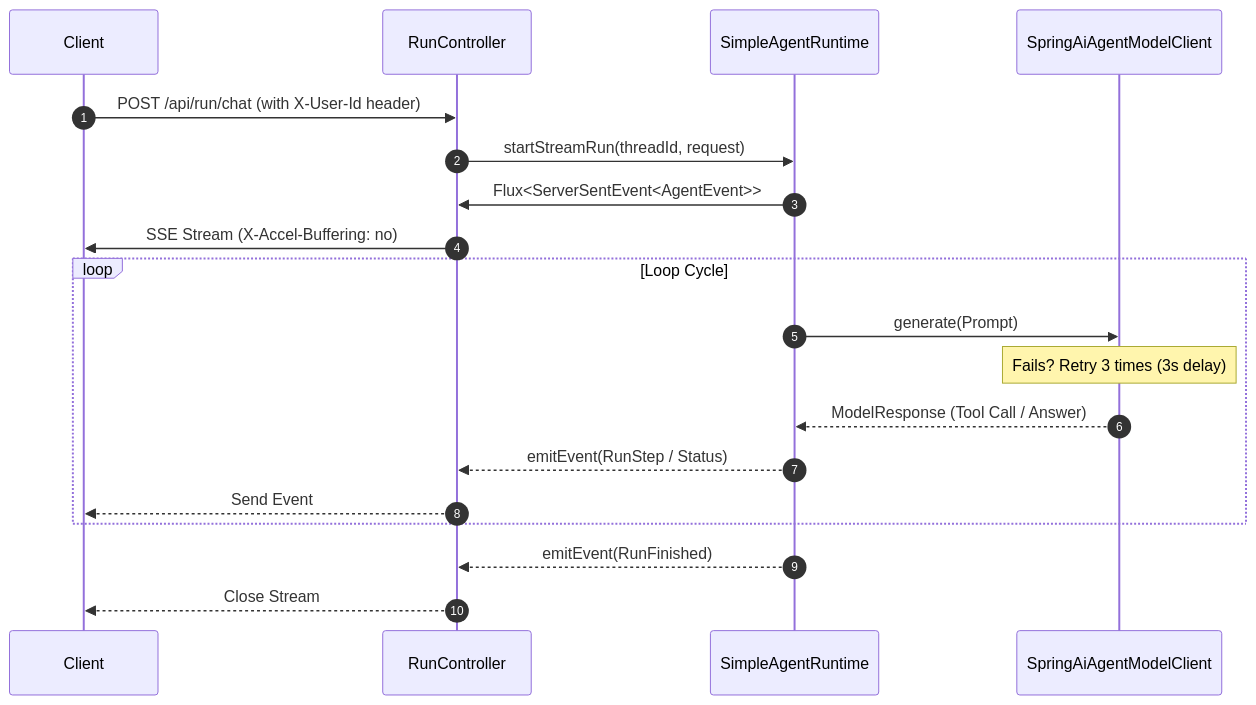
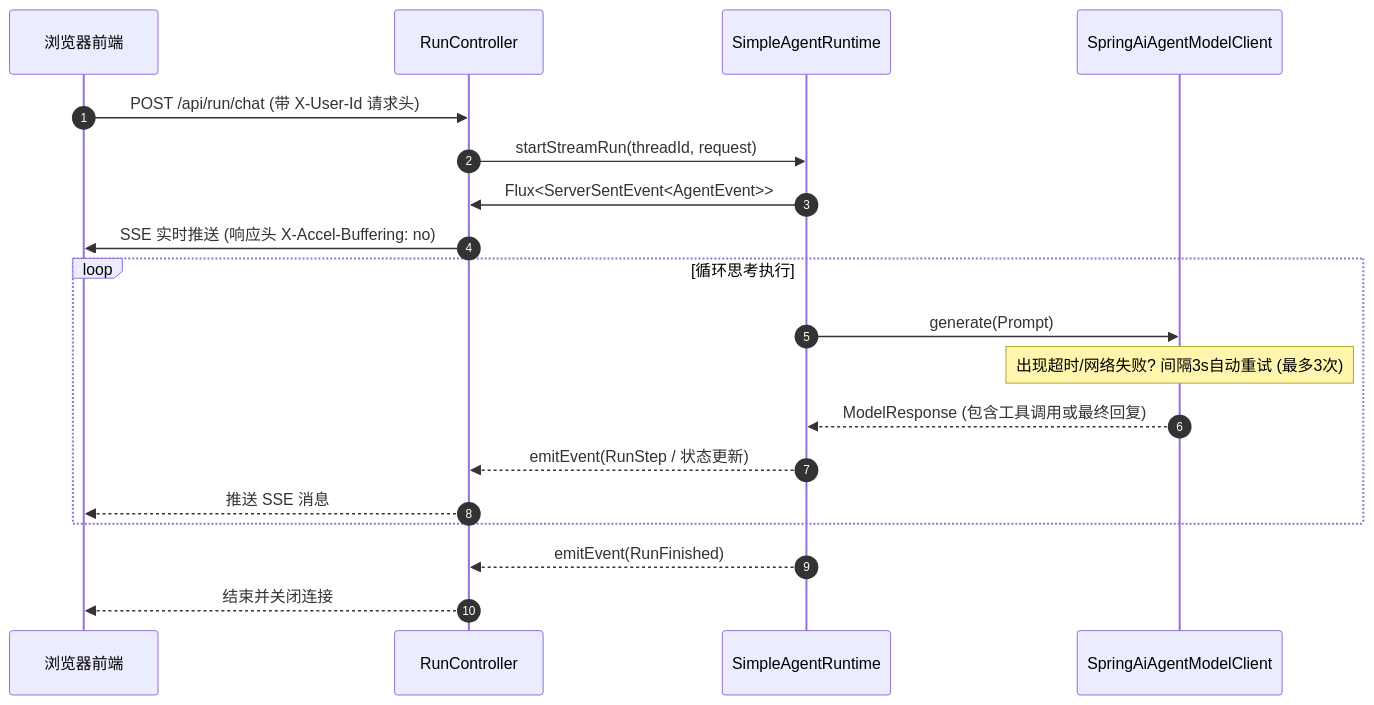
Before and after one commit to AarenWang/haifa-ai-deerflow: the second of 3 diagrams in deerflow/docs/architecture.md, drawn with Mermaid. The commit also changed other lines of this file, not shown here.

Commit message:
docs: translate technical architecture documentation to Chinese

````diff
--- a/deerflow/docs/architecture.md
+++ b/deerflow/docs/architecture.md
@@ -67,23 +67,23 @@
 ```mermaid
 sequenceDiagram
     autonumber
-    participant Front as Client
+    participant Front as 浏览器前端
     participant Controller as RunController
     participant Runtime as SimpleAgentRuntime
     participant Model as SpringAiAgentModelClient
     
-    Front->>Controller: POST /api/run/chat (with X-User-Id header)
+    Front->>Controller: POST /api/run/chat (带 X-User-Id 请求头)
     Controller->>Runtime: startStreamRun(threadId, request)
     Runtime->>Controller: Flux<ServerSentEvent<AgentEvent>>
-    Controller->>Front: SSE Stream (X-Accel-Buffering: no)
+    Controller->>Front: SSE 实时推送 (响应头 X-Accel-Buffering: no)
     
-    loop Loop Cycle
+    loop 循环思考执行
         Runtime->>Model: generate(Prompt)
-        Note over Model: Fails? Retry 3 times (3s delay)
-        Model-->>Runtime: ModelResponse (Tool Call / Answer)
-        Runtime-->>Controller: emitEvent(RunStep / Status)
-        Controller-->>Front: Send Event
+        Note over Model: 出现超时/网络失败? 间隔3s自动重试 (最多3次)
+        Model-->>Runtime: ModelResponse (包含工具调用或最终回复)
+        Runtime-->>Controller: emitEvent(RunStep / 状态更新)
+        Controller-->>Front: 推送 SSE 消息
     end
     Runtime-->>Controller: emitEvent(RunFinished)
-    Controller-->>Front: Close Stream
+    Controller-->>Front: 结束并关闭连接
 ```
````
